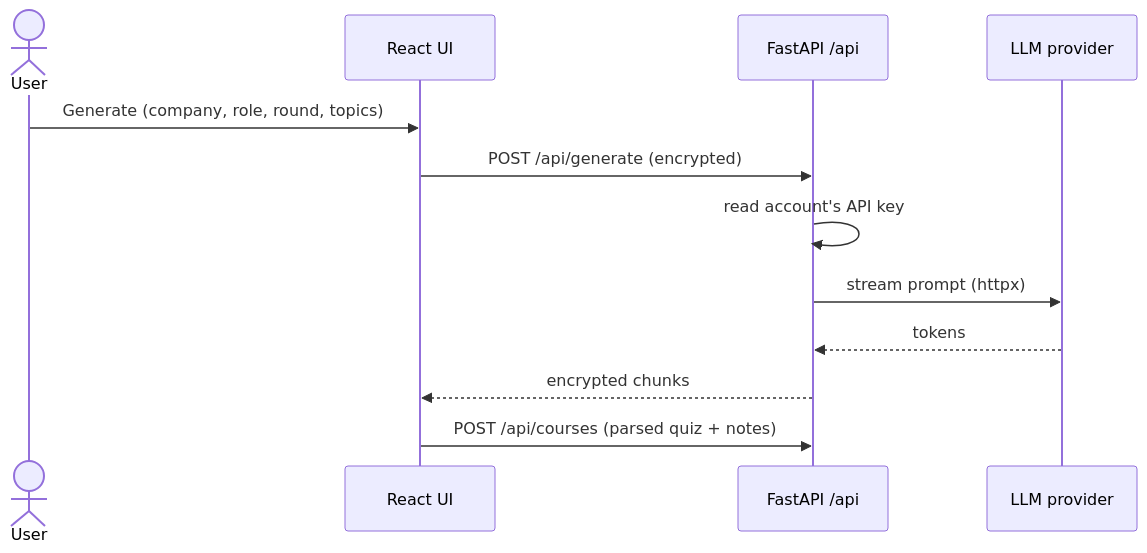
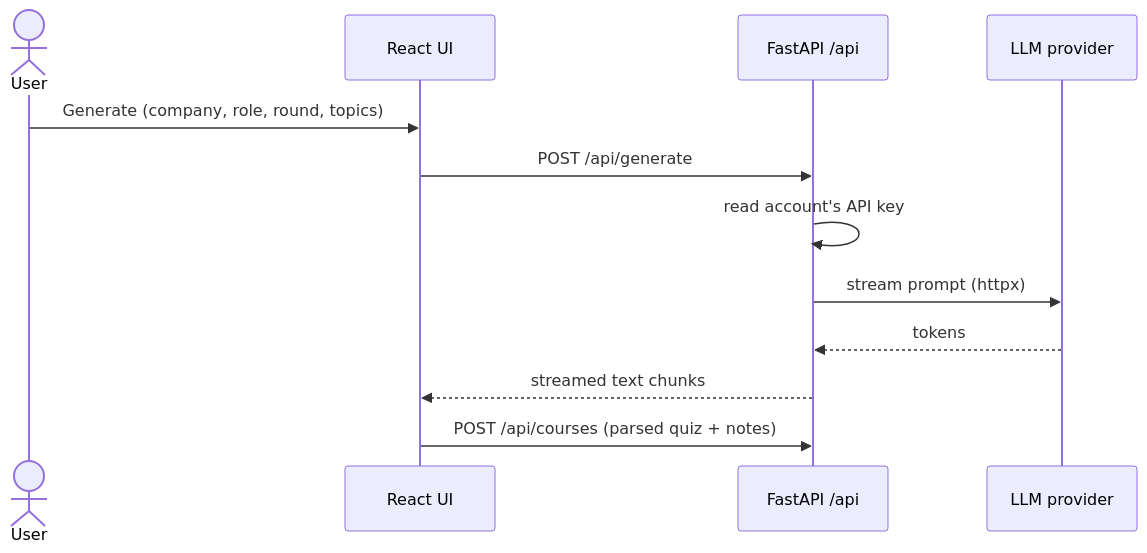
Before and after one commit to rishabh750/quiz: the third of 4 diagrams in docs/ARCHITECTURE.md, drawn with Mermaid. The commit also changed other lines of this file and 12 other files, not shown here.

````diff
--- a/docs/ARCHITECTURE.md
+++ b/docs/ARCHITECTURE.md
@@ -93,14 +69,14 @@
 ```mermaid
 sequenceDiagram
   actor U as User
   participant UI as React UI
   participant API as FastAPI /api
   participant P as LLM provider
   U->>UI: Generate (company, role, round, topics)
-  UI->>API: POST /api/generate (encrypted)
+  UI->>API: POST /api/generate
   API->>API: read account's API key
   API->>P: stream prompt (httpx)
   P-->>API: tokens
-  API-->>UI: encrypted chunks
+  API-->>UI: streamed text chunks
   UI->>API: POST /api/courses (parsed quiz + notes)
 ```
````
